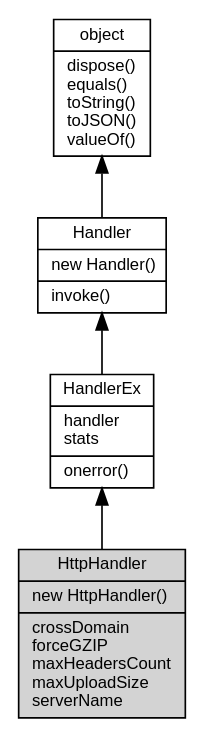
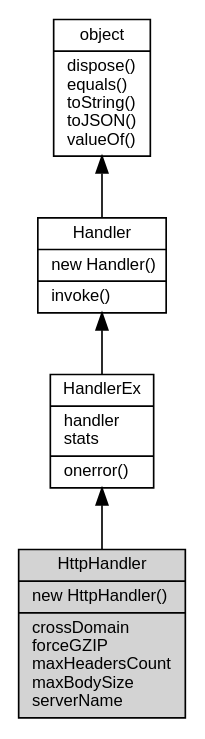
One commit to fibjs/fibjs.org changed the diagram in docs/manual/object/ifs/HttpHandler.md. Above: the diagram before and after it, drawn with Graphviz. The commit also changed other lines of this file and 26 other files, not shown here.

````diff
--- a/docs/manual/object/ifs/HttpHandler.md
+++ b/docs/manual/object/ifs/HttpHandler.md
@@ -17,14 +17,14 @@
 ```dot
 digraph {
     node [fontname="Helvetica,sans-Serif", fontsize=10, shape="record", style="filled", fillcolor="white"];
 
     object [tooltip="object", URL="object.md", label="{object|dispose()\lequals()\ltoString()\ltoJSON()\lvalueOf()\l}"];
     Handler [tooltip="Handler", URL="Handler.md", label="{Handler|new Handler()\l|invoke()\l}"];
     HandlerEx [tooltip="HandlerEx", URL="HandlerEx.md", label="{HandlerEx|handler\lstats\l|onerror()\l}"];
-    HttpHandler [tooltip="HttpHandler", fillcolor="lightgray", label="{HttpHandler|new HttpHandler()\l|crossDomain\lforceGZIP\lmaxHeadersCount\lmaxUploadSize\lserverName\l}"];
+    HttpHandler [tooltip="HttpHandler", fillcolor="lightgray", label="{HttpHandler|new HttpHandler()\l|crossDomain\lforceGZIP\lmaxHeadersCount\lmaxBodySize\lserverName\l}"];
 
     object -> Handler [dir=back];
     Handler -> HandlerEx [dir=back];
     HandlerEx -> HttpHandler [dir=back];
 }
 ```
````
